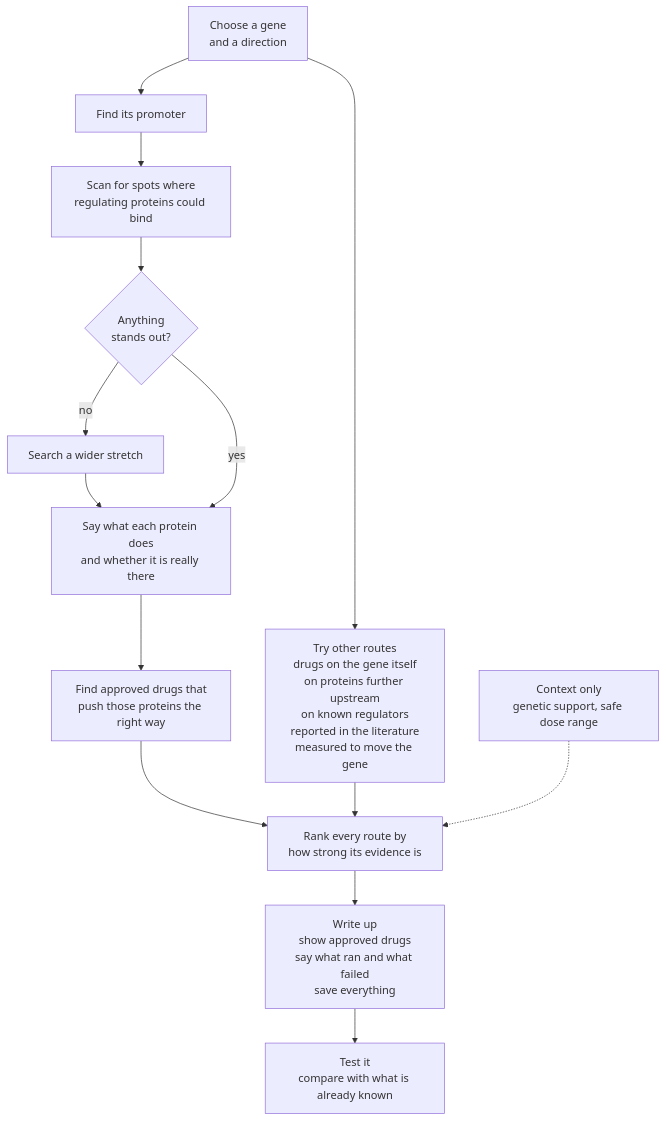
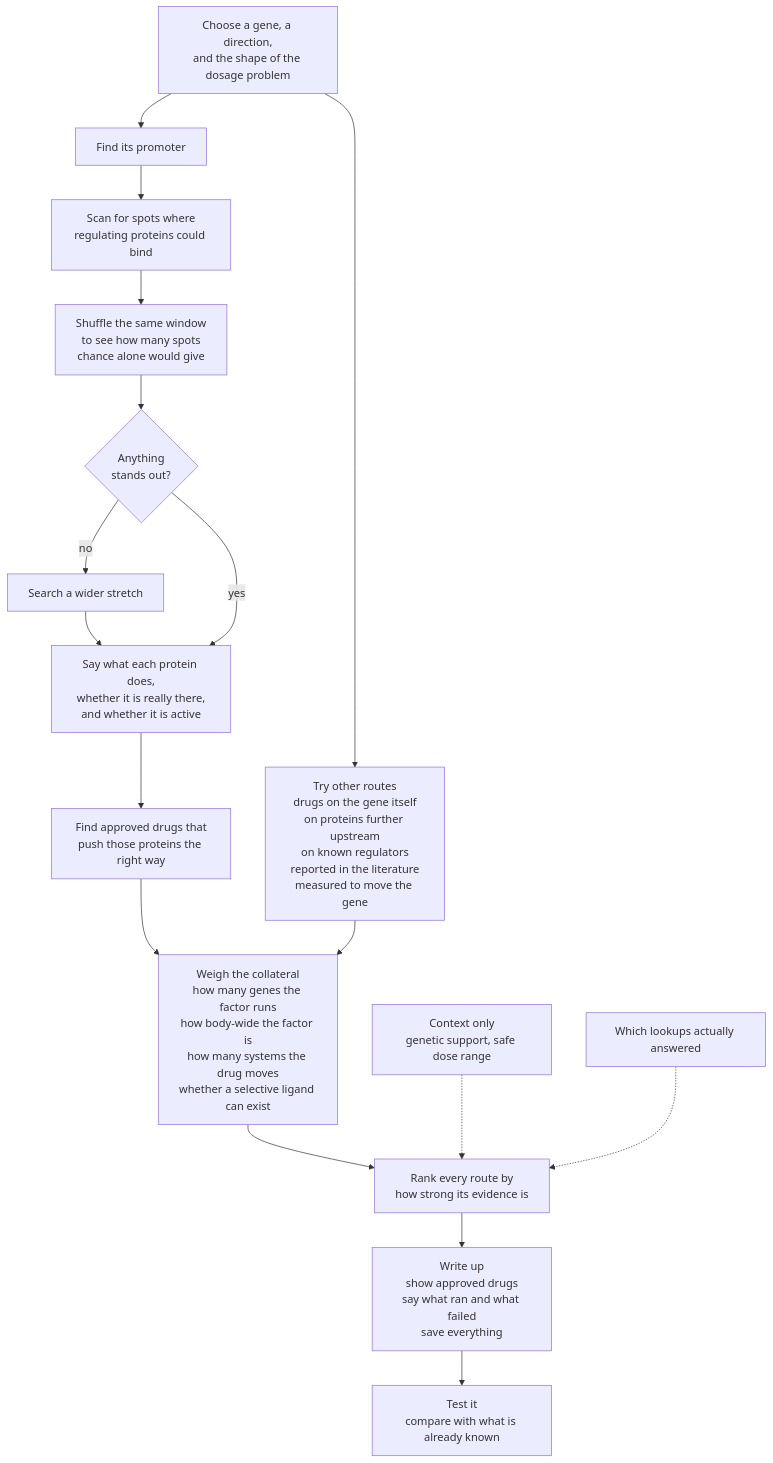
The diagram in docs/pipeline_detail.mmd (kjmartin44/Martins), drawn with Mermaid before and after one commit. The commit also changed 35 other files, not shown here.

```diff
--- a/docs/pipeline_detail.mmd
+++ b/docs/pipeline_detail.mmd
@@ -1,17 +1,20 @@
 %% The same run in more detail. The short version is pipeline.mmd. Source of truth: docs/how-it-works.md.
 flowchart TD
-    START["Choose a gene<br/>and a direction"] --> PROM["Find its promoter"]
+    START["Choose a gene, a direction,<br/>and the shape of the dosage problem"] --> PROM["Find its promoter"]
     PROM --> SCAN["Scan for spots where<br/>regulating proteins could bind"]
-    SCAN --> Q{"Anything<br/>stands out?"}
+    SCAN --> NULL["Shuffle the same window<br/>to see how many spots<br/>chance alone would give"]
+    NULL --> Q{"Anything<br/>stands out?"}
     Q -- no --> WIDE["Search a wider stretch"] --> CHECK
-    Q -- yes --> CHECK["Say what each protein does<br/>and whether it is really there"]
+    Q -- yes --> CHECK["Say what each protein does,<br/>whether it is really there,<br/>and whether it is active"]
     CHECK --> DRUGS["Find approved drugs that<br/>push those proteins the right way"]
 
     START --> OTHER["Try other routes<br/>drugs on the gene itself<br/>on proteins further upstream<br/>on known regulators<br/>reported in the literature<br/>measured to move the gene"]
 
-    DRUGS --> RANK["Rank every route by<br/>how strong its evidence is"]
-    OTHER --> RANK
+    DRUGS --> NARROW["Weigh the collateral<br/>how many genes the factor runs<br/>how body-wide the factor is<br/>how many systems the drug moves<br/>whether a selective ligand can exist"]
+    OTHER --> NARROW
+    NARROW --> RANK["Rank every route by<br/>how strong its evidence is"]
     CONTEXT["Context only<br/>genetic support, safe dose range"] -.-> RANK
+    LEDGER["Which lookups actually answered"] -.-> RANK
 
     RANK --> REPORT["Write up<br/>show approved drugs<br/>say what ran and what failed<br/>save everything"]
     REPORT --> TEST["Test it<br/>compare with what is already known"]
```
